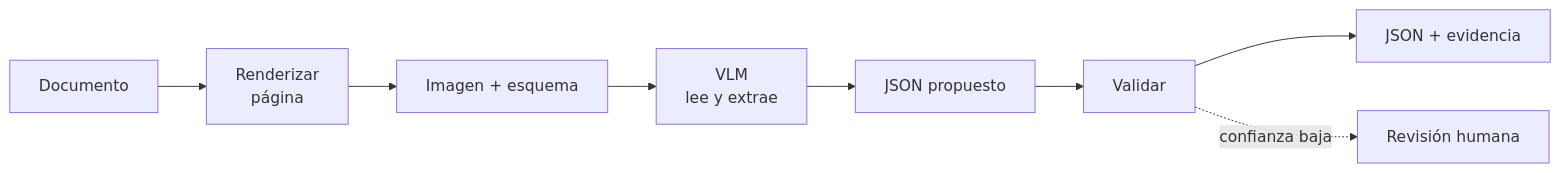
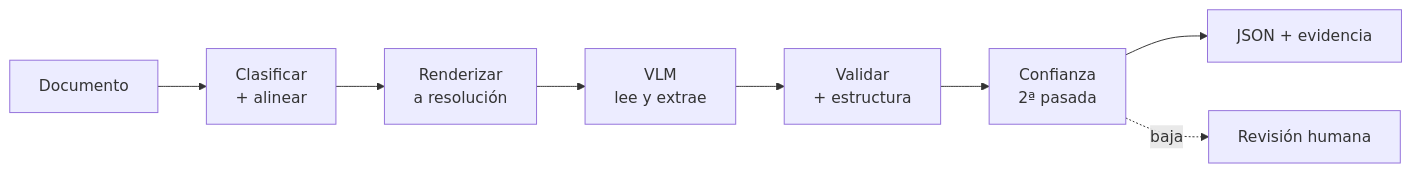
One commit to mariogarcia-ar/docflow changed the third of 4 diagrams in README.md. Above: the diagram before and after it, drawn with Mermaid. The commit also changed other lines of this file, not shown here.

````diff
--- a/README.md
+++ b/README.md
@@ -66,10 +77,10 @@
 ```mermaid
 graph LR
-    A["Documento"] --> B["Renderizar<br/>página"]
-    B --> C["Imagen + esquema"]
+    A["Documento"] --> B["Clasificar<br/>+ alinear"]
+    B --> C["Renderizar<br/>a resolución"]
     C --> D["VLM<br/>lee y extrae"]
-    D --> E["JSON propuesto"]
-    E --> F["Validar"]
+    D --> E["Validar<br/>+ estructura"]
+    E --> F["Confianza<br/>2ª pasada"]
     F --> G["JSON + evidencia"]
-    F -.confianza baja.-> H["Revisión humana"]
+    F -.baja.-> H["Revisión humana"]
 ```
````
